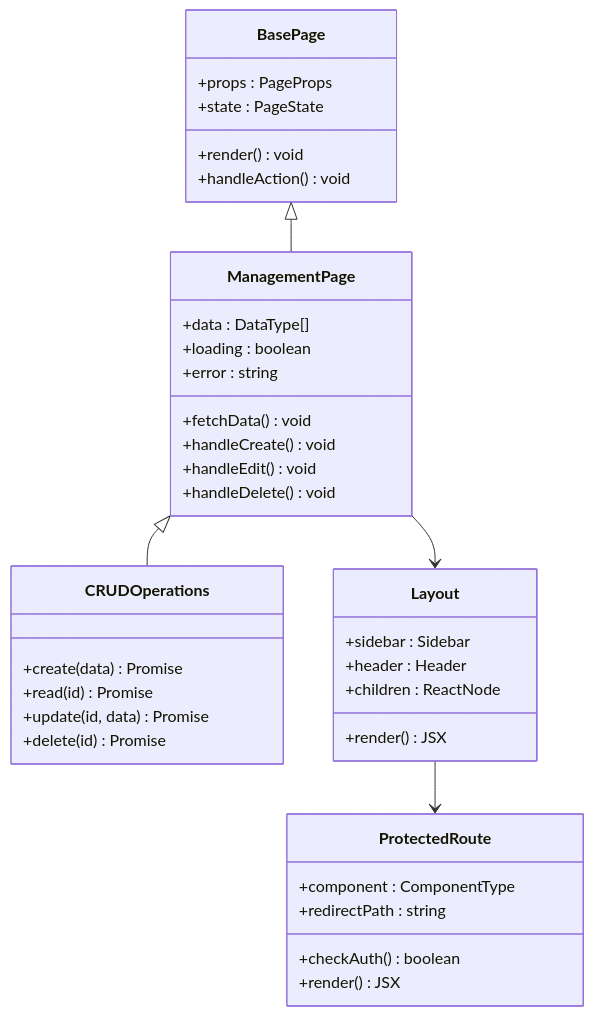
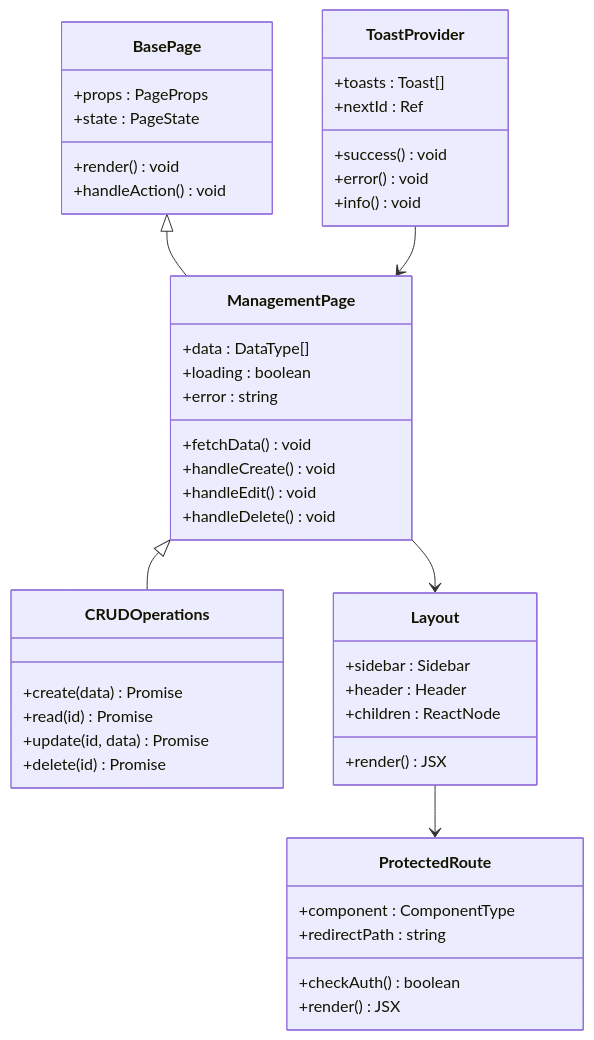
Before and after one commit to leimu-hue/AI-Trend-Tool: the second of 13 diagrams in .qoder/repowiki/zh/content/开发指南/前端管理页面规范.md, drawn with Mermaid. The commit also changed other lines of this file and 5 other files, not shown here.

````diff
--- a/.qoder/repowiki/zh/content/开发指南/前端管理页面规范.md
+++ b/.qoder/repowiki/zh/content/开发指南/前端管理页面规范.md
@@ -120,40 +135,48 @@
 ```mermaid
 classDiagram
 class BasePage {
 +props : PageProps
 +state : PageState
 +render() void
 +handleAction() void
 }
 class ManagementPage {
 +data : DataType[]
 +loading : boolean
 +error : string
 +fetchData() void
 +handleCreate() void
 +handleEdit() void
 +handleDelete() void
 }
 class CRUDOperations {
 +create(data) Promise
 +read(id) Promise
 +update(id, data) Promise
 +delete(id) Promise
 }
 class Layout {
 +sidebar : Sidebar
 +header : Header
 +children : ReactNode
 +render() JSX
 }
 class ProtectedRoute {
 +component : ComponentType
 +redirectPath : string
 +checkAuth() boolean
 +render() JSX
 }
+class ToastProvider {
++toasts : Toast[]
++nextId : Ref
++success() void
++error() void
++info() void
+}
 BasePage <|-- ManagementPage
 ManagementPage <|-- CRUDOperations
 Layout --> ProtectedRoute
 ManagementPage --> Layout
+ToastProvider --> ManagementPage
 ```
````
